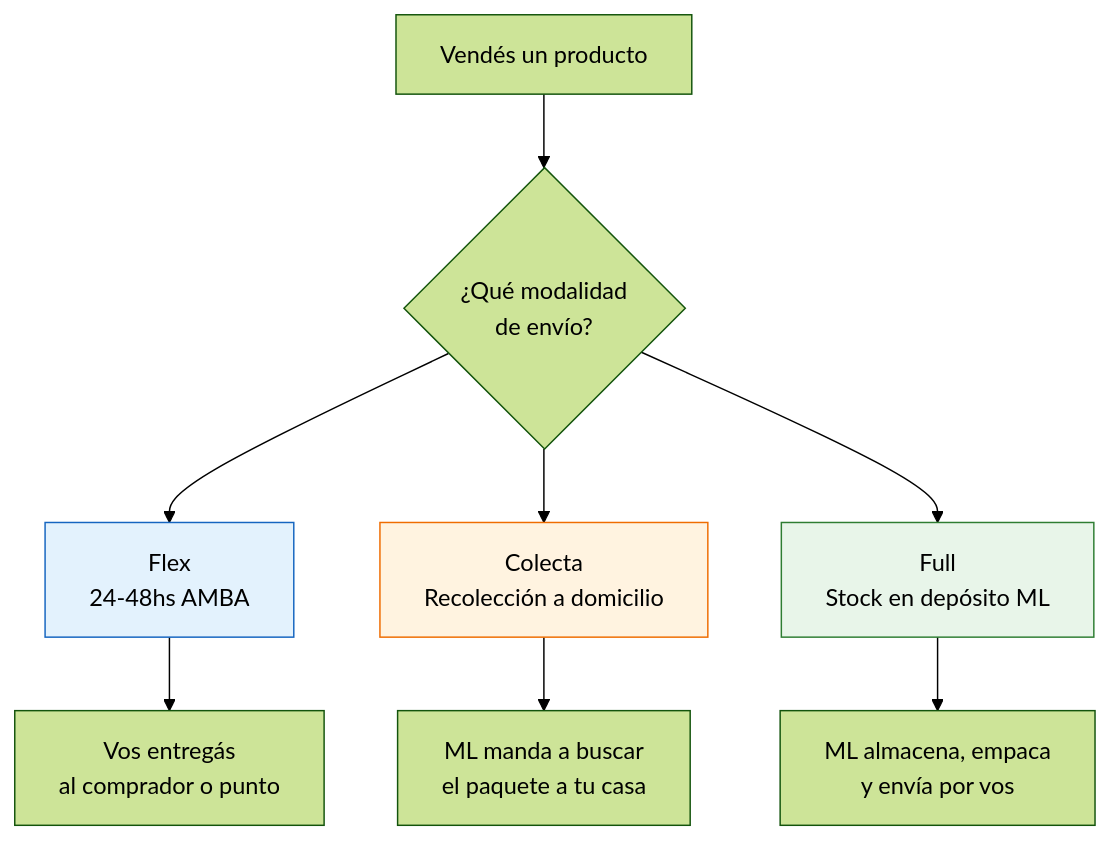
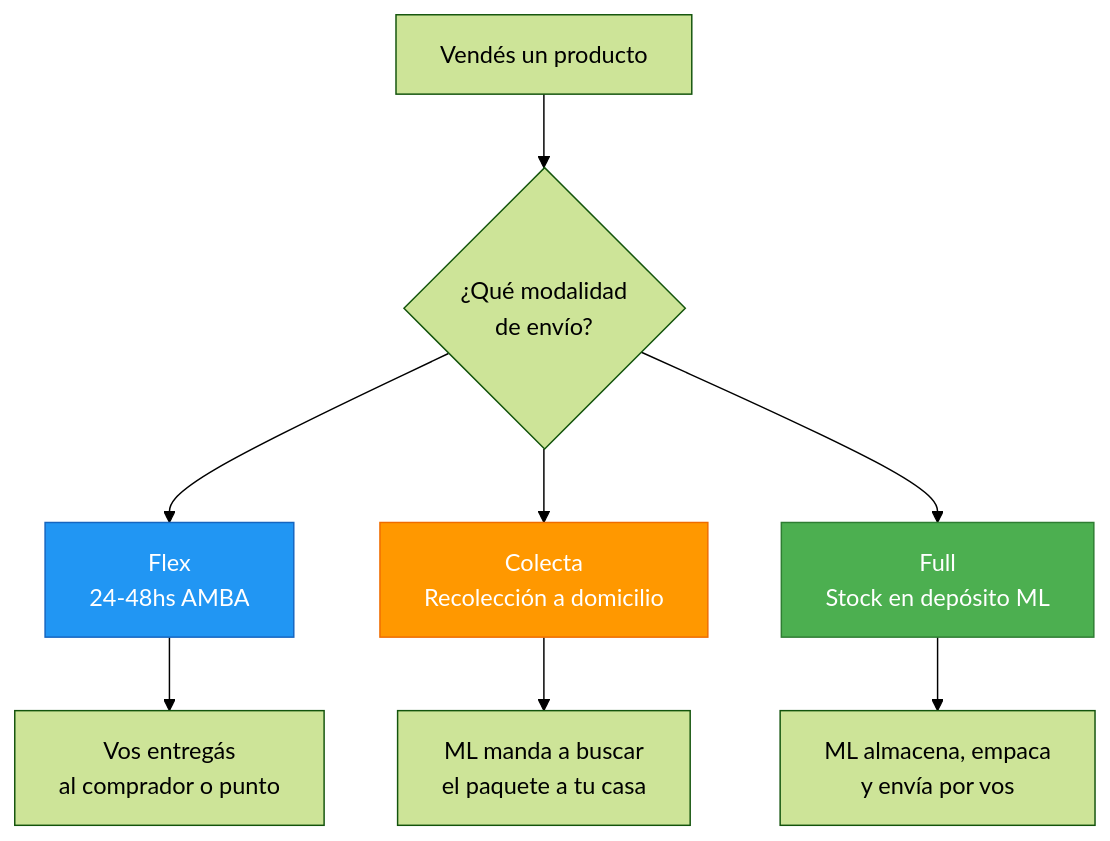
Before and after one commit to barrosignacioezequiel-coder/docs: the first of 2 diagrams in app/paso1-argentina/empezar-de-cero/ecommerce-mercadolibre.mdx, drawn with Mermaid (forest theme). The commit also changed other lines of this file and 66 other files, not shown here.

First line of the commit message:
fix: resolve Mermaid v11 numbered list errors + improve contrast

````diff
--- a/app/paso1-argentina/empezar-de-cero/ecommerce-mercadolibre.mdx
+++ b/app/paso1-argentina/empezar-de-cero/ecommerce-mercadolibre.mdx
@@ -69,15 +69,15 @@
 ```mermaid
 graph TD
     A["Vendés un producto"] --> B{"¿Qué modalidad<br/>de envío?"}
     B --> C["Flex<br/>24-48hs AMBA"]
     B --> D["Colecta<br/>Recolección a domicilio"]
     B --> E["Full<br/>Stock en depósito ML"]
 
     C --> F["Vos entregás<br/>al comprador o punto"]
     D --> G["ML manda a buscar<br/>el paquete a tu casa"]
     E --> H["ML almacena, empaca<br/>y envía por vos"]
 
-    style C fill:#e3f2fd,stroke:#1565c0
-    style D fill:#fff3e0,stroke:#ef6c00
-    style E fill:#e8f5e9,stroke:#2e7d32
+    style C fill:#2196f3,stroke:#1565c0,color:#fff
+    style D fill:#ff9800,stroke:#ef6c00,color:#fff
+    style E fill:#4caf50,stroke:#2e7d32,color:#fff
 ```
````
